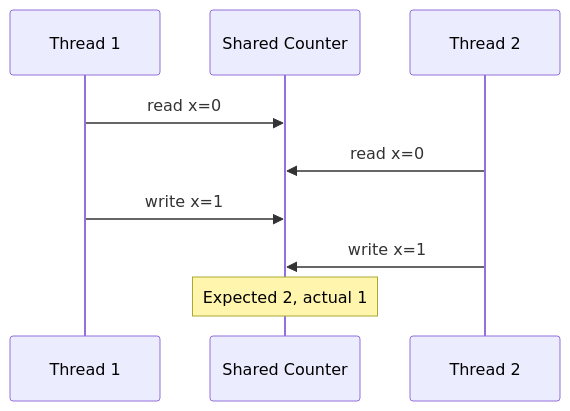
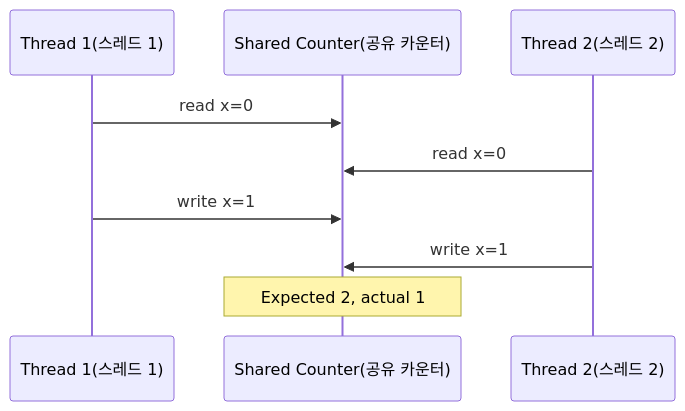
One commit to mandoobox/mandoobox.github.io changed diagram 18 of 37 in _posts/cs-note/2026-02-27-os.md. Above: the diagram before and after it, drawn with Mermaid. The commit also changed other lines of this file and 18 other files, not shown here.

````diff
--- a/_posts/cs-note/2026-02-27-os.md
+++ b/_posts/cs-note/2026-02-27-os.md
@@ -534,11 +540,11 @@
 ```mermaid
 sequenceDiagram
-  participant T1 as Thread 1
-  participant X as Shared Counter
-  participant T2 as Thread 2
+  participant T1 as Thread 1(스레드 1)
+  participant X as Shared Counter(공유 카운터)
+  participant T2 as Thread 2(스레드 2)
   T1->>X: read x=0
   T2->>X: read x=0
   T1->>X: write x=1
   T2->>X: write x=1
   Note over X: Expected 2, actual 1
 ```
````
